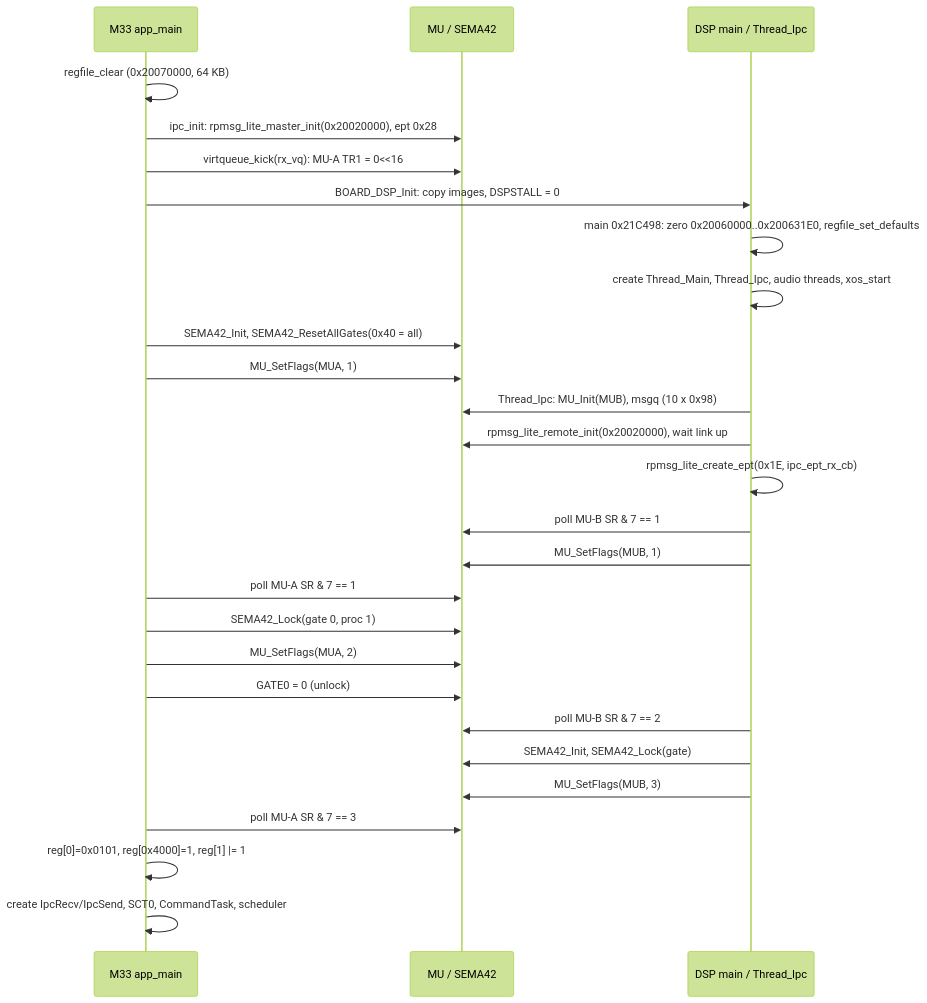
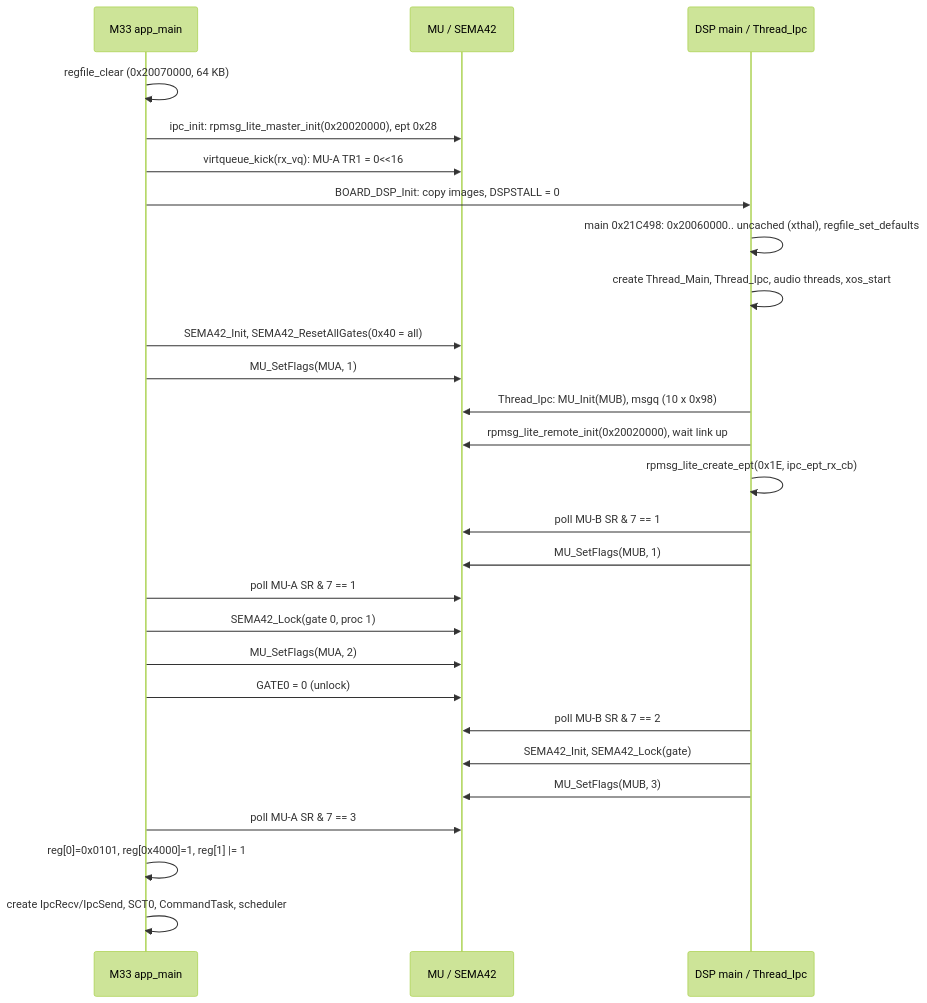
The second of 4 diagrams in docs/code/ifdsp/ipc.md (Reid-n0rc/FT-710_Firmware), drawn with Mermaid (forest theme) before and after one commit. The commit also changed other lines of this file and 17 other files, not shown here.

````diff
--- a/docs/code/ifdsp/ipc.md
+++ b/docs/code/ifdsp/ipc.md
@@ -111,29 +111,29 @@
 ```mermaid
 sequenceDiagram
   participant M as M33 app_main
   participant HW as MU / SEMA42
   participant D as DSP main / Thread_Ipc
   M->>M: regfile_clear (0x20070000, 64 KB)
   M->>HW: ipc_init: rpmsg_lite_master_init(0x20020000), ept 0x28
   M->>HW: virtqueue_kick(rx_vq): MU-A TR1 = 0<<16
   M->>D: BOARD_DSP_Init: copy images, DSPSTALL = 0
-  D->>D: main 0x21C498: zero 0x20060000..0x200631E0, regfile_set_defaults
+  D->>D: main 0x21C498: 0x20060000.. uncached (xthal), regfile_set_defaults
   D->>D: create Thread_Main, Thread_Ipc, audio threads, xos_start
   M->>HW: SEMA42_Init, SEMA42_ResetAllGates(0x40 = all)
   M->>HW: MU_SetFlags(MUA, 1)
   D->>HW: Thread_Ipc: MU_Init(MUB), msgq (10 x 0x98)
   D->>HW: rpmsg_lite_remote_init(0x20020000), wait link up
   D->>D: rpmsg_lite_create_ept(0x1E, ipc_ept_rx_cb)
   D->>HW: poll MU-B SR & 7 == 1
   D->>HW: MU_SetFlags(MUB, 1)
   M->>HW: poll MU-A SR & 7 == 1
   M->>HW: SEMA42_Lock(gate 0, proc 1)
   M->>HW: MU_SetFlags(MUA, 2)
   M->>HW: GATE0 = 0 (unlock)
   D->>HW: poll MU-B SR & 7 == 2
   D->>HW: SEMA42_Init, SEMA42_Lock(gate)
   D->>HW: MU_SetFlags(MUB, 3)
   M->>HW: poll MU-A SR & 7 == 3
   M->>M: reg[0]=0x0101, reg[0x4000]=1, reg[1] |= 1
   M->>M: create IpcRecv/IpcSend, SCT0, CommandTask, scheduler
 ```
````
